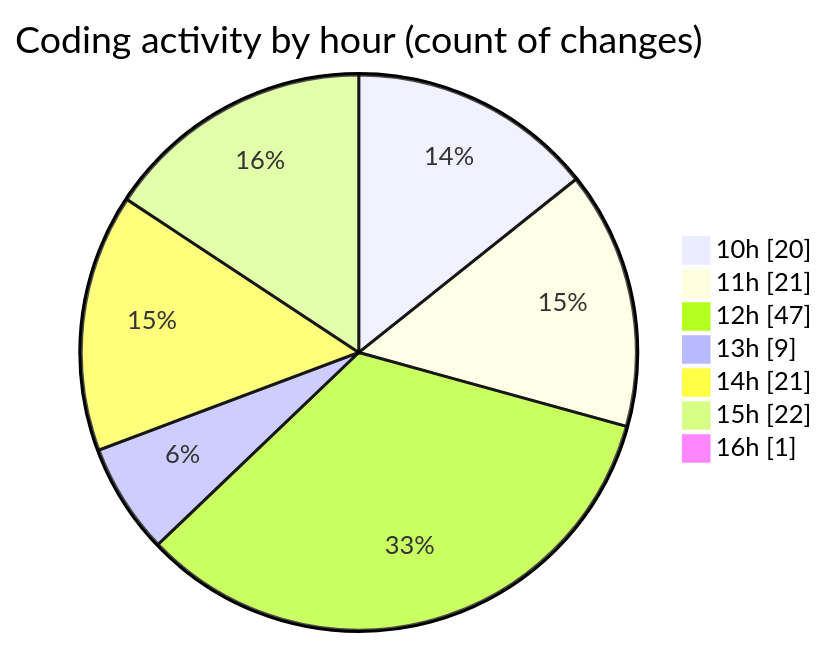
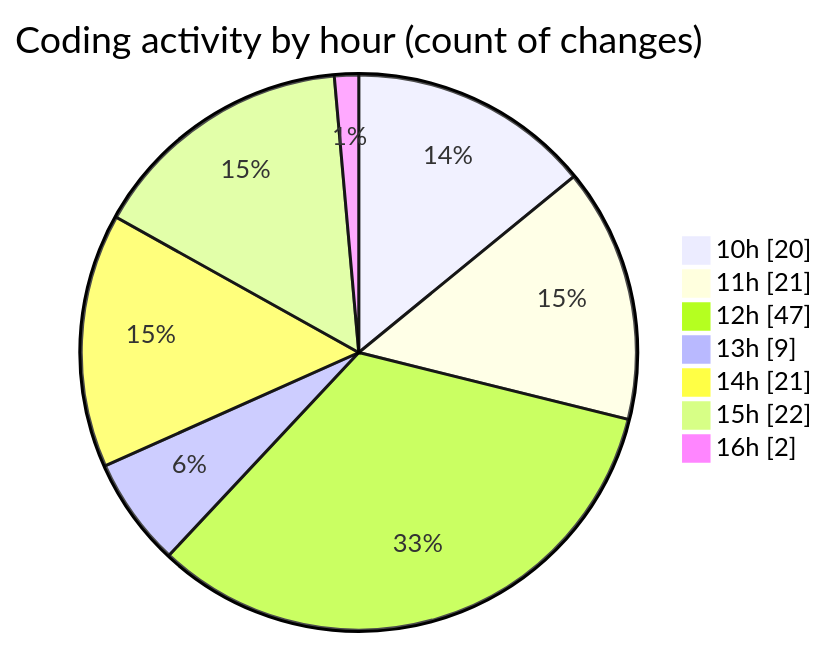
Before and after one commit to momahboobian/code-tracking: the second of 2 diagrams in 2025-05-20/cda/README.md, drawn with Mermaid. The commit also changed other lines of this file and 1 other file, not shown here.

````diff
--- a/2025-05-20/cda/README.md
+++ b/2025-05-20/cda/README.md
@@ -53,11 +53,11 @@
 ```mermaid
 pie showData
 title Coding activity by hour (count of changes)
 "10h" : 20
 "11h" : 21
 "12h" : 47
 "13h" : 9
 "14h" : 21
 "15h" : 22
-"16h" : 1
+"16h" : 2
 ```
````
